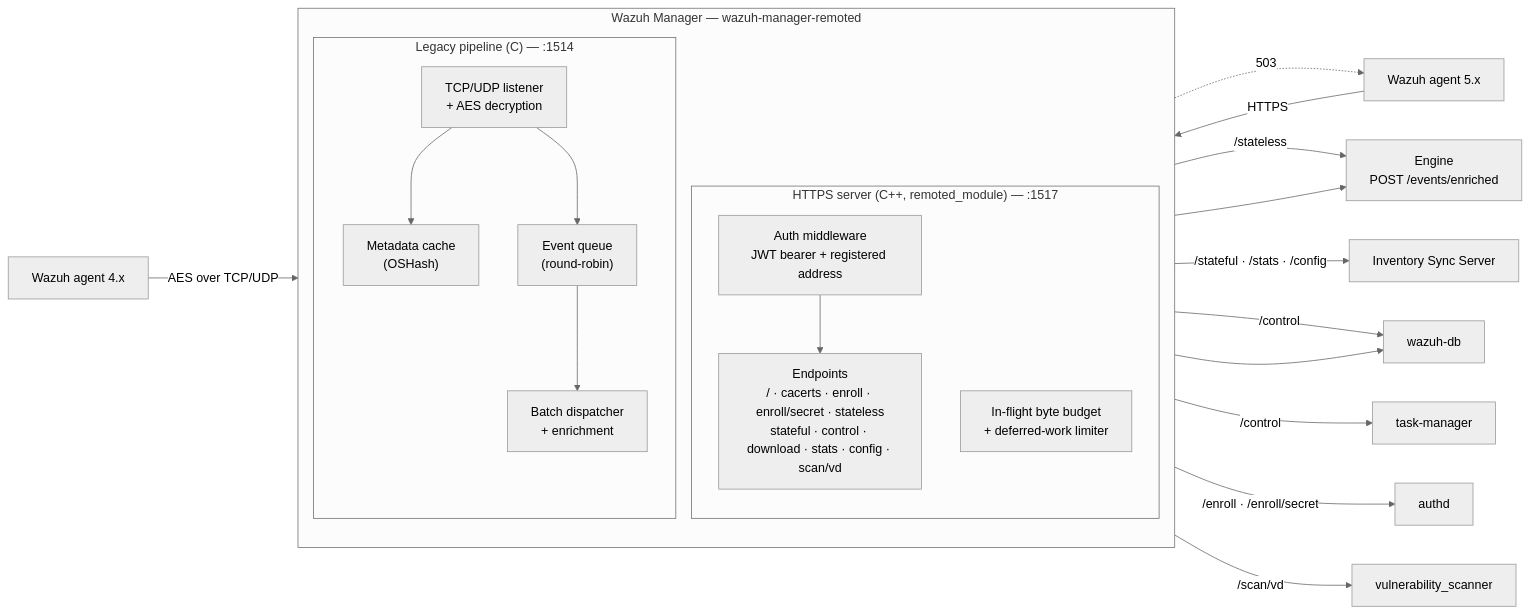
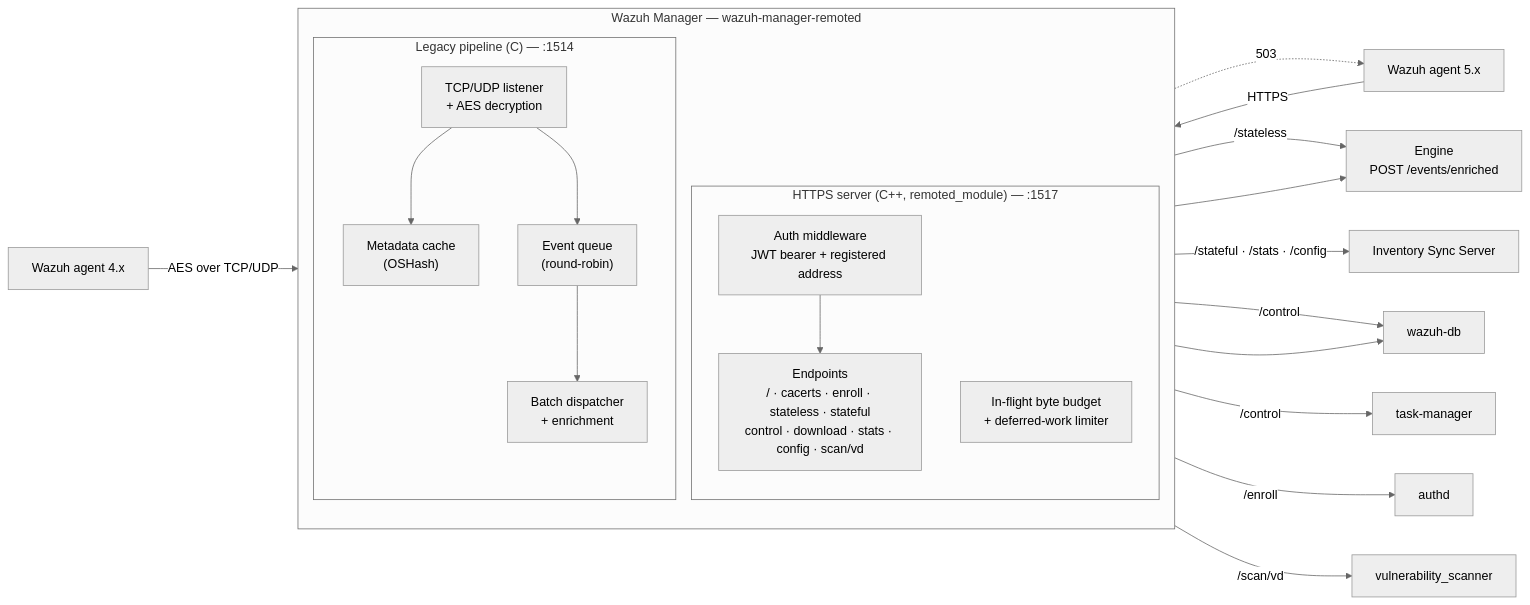
Before and after one commit to wazuh/wazuh: the diagram in docs/ref/modules/remoted/architecture.md, drawn with Mermaid (neutral theme). The commit also changed other lines of this file and 14 other files, not shown here.

````diff
--- a/docs/ref/modules/remoted/architecture.md
+++ b/docs/ref/modules/remoted/architecture.md
@@ -29,42 +29,42 @@
 ```mermaid
 flowchart LR
     A5["Wazuh agent 5.x"]
     A4["Wazuh agent 4.x"]
 
     subgraph MGR["Wazuh Manager — wazuh-manager-remoted"]
         direction TB
         subgraph HTTPS["HTTPS server (C++, remoted_module) — :1517"]
             AUTH["Auth middleware<br/>JWT bearer + registered address"]
-            EP["Endpoints<br/>/ · cacerts · enroll · enroll/secret · stateless<br/>stateful · control · download · stats · config · scan/vd"]
+            EP["Endpoints<br/>/ · cacerts · enroll · stateless · stateful<br/>control · download · stats · config · scan/vd"]
             BUD["In-flight byte budget<br/>+ deferred-work limiter"]
         end
         subgraph LEG["Legacy pipeline (C) — :1514"]
             LIS["TCP/UDP listener<br/>+ AES decryption"]
             META["Metadata cache<br/>(OSHash)"]
             EQ["Event queue<br/>(round-robin)"]
             DISP["Batch dispatcher<br/>+ enrichment"]
         end
     end
 
     ENG["Engine<br/>POST /events/enriched"]
     SYNC["Inventory Sync Server"]
     WDB["wazuh-db"]
     AUTHD["authd"]
     TASK["task-manager"]
     VD["vulnerability_scanner"]
 
     A5 -->|HTTPS| AUTH --> EP
     BUD -.->|503| A5
     A4 -->|"AES over TCP/UDP"| LIS
     LIS --> META
     LIS --> EQ --> DISP
 
     EP -->|"/stateless"| ENG
     EP -->|"/stateful · /stats · /config"| SYNC
     EP -->|"/control"| WDB
     EP -->|"/control"| TASK
-    EP -->|"/enroll · /enroll/secret"| AUTHD
+    EP -->|"/enroll"| AUTHD
     EP -->|"/scan/vd"| VD
     DISP --> ENG
     META --> WDB
 ```
````
